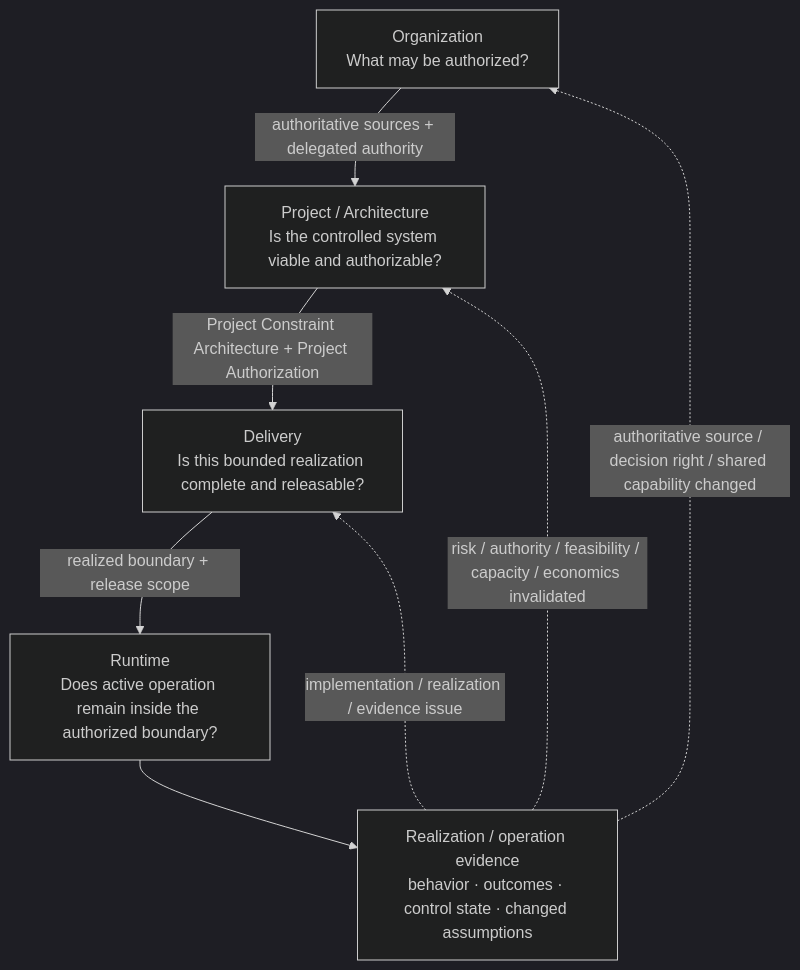
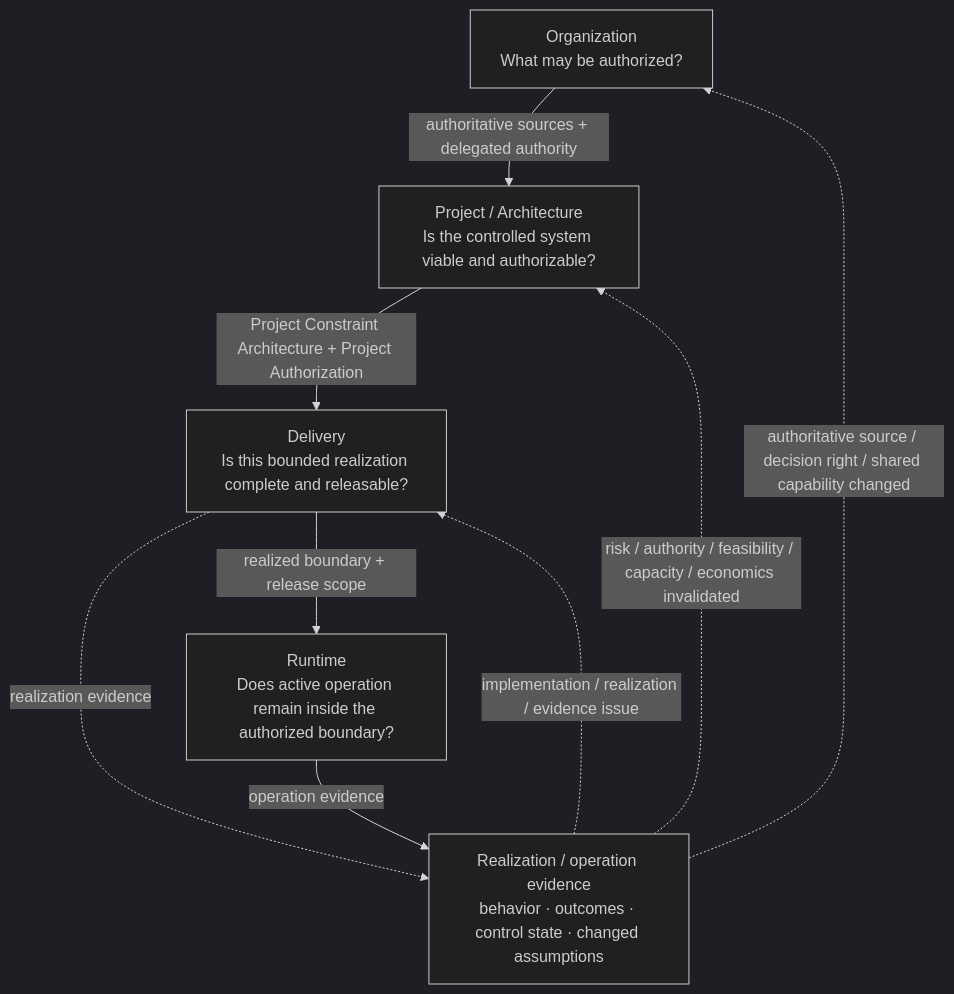
The eighth of 15 diagrams in content/research/notes/open-engineering-specification-article-draft.md (UncertaintyArchitectureGroup/uncertainty-architecture), drawn with Mermaid (dark theme) before and after one commit. The commit also changed other lines of this file, not shown here.

````diff
--- a/content/research/notes/open-engineering-specification-article-draft.md
+++ b/content/research/notes/open-engineering-specification-article-draft.md
@@ -474,16 +474,17 @@
 ```mermaid
 flowchart TB
     O["Organization<br/>What may be authorized?"]
     P["Project / Architecture<br/>Is the controlled system viable and authorizable?"]
     D["Delivery<br/>Is this bounded realization complete and releasable?"]
     R["Runtime<br/>Does active operation remain inside the authorized boundary?"]
     E["Realization / operation evidence<br/>behavior · outcomes · control state · changed assumptions"]
 
     O -->|authoritative sources + delegated authority| P
     P -->|Project Constraint Architecture + Project Authorization| D
     D -->|realized boundary + release scope| R
-    R --> E
+    D -.->|realization evidence| E
+    R -->|operation evidence| E
     E -.->|implementation / realization / evidence issue| D
     E -.->|risk / authority / feasibility / capacity / economics invalidated| P
     E -.->|authoritative source / decision right / shared capability changed| O
 ```
````
